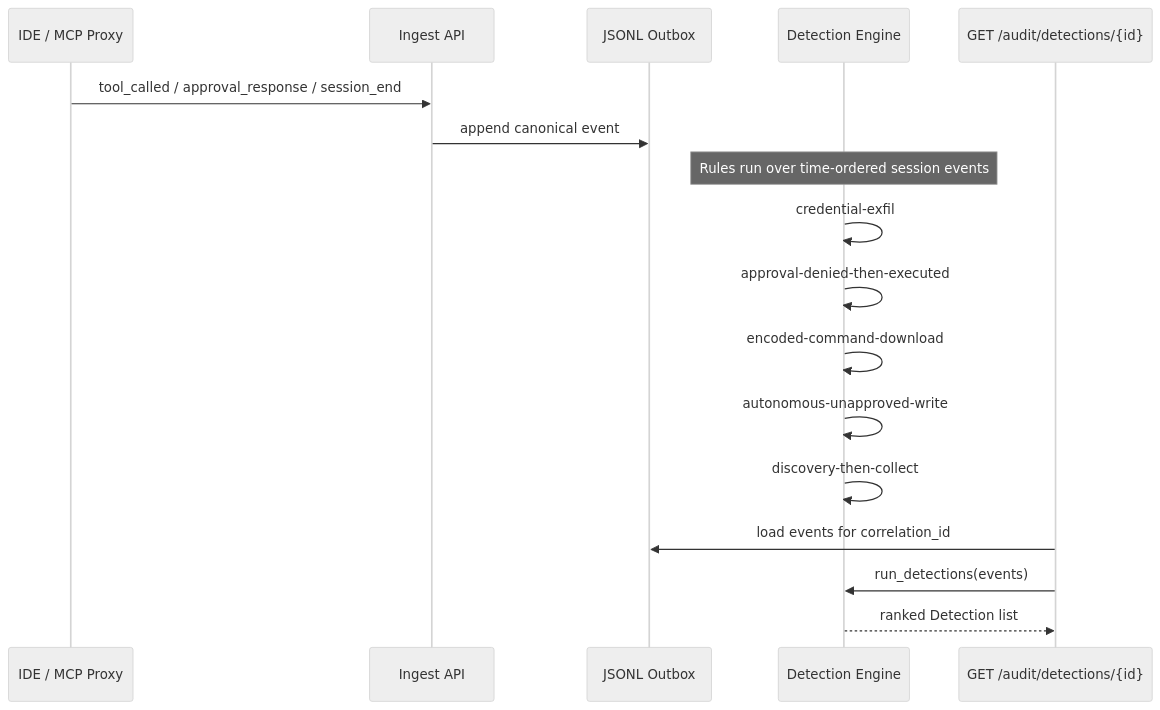
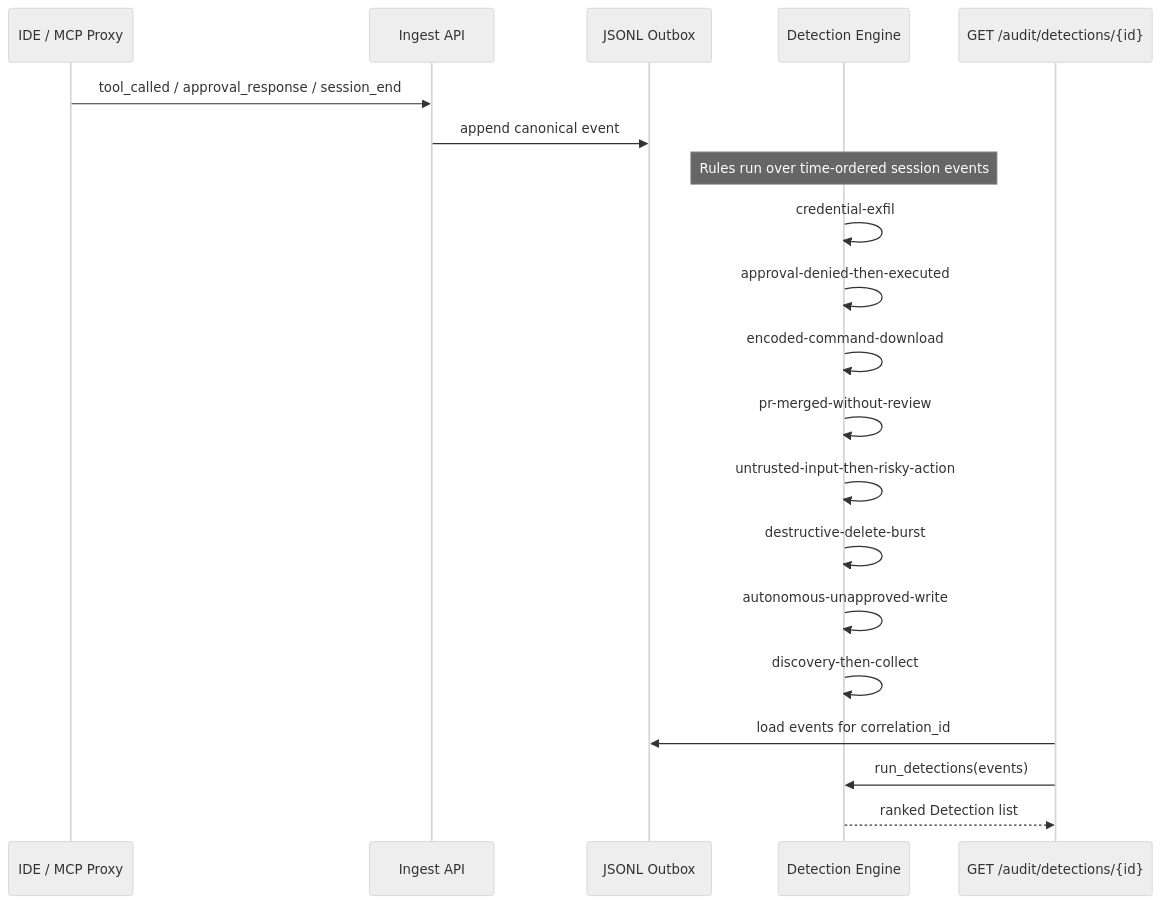
Before and after one commit to blitzcrieg1/agentmetry: the third of 4 diagrams in README.md, drawn with Mermaid (neutral theme). The commit also changed other lines of this file and 1 other file, not shown here.

````diff
--- a/README.md
+++ b/README.md
@@ -347,20 +347,23 @@
 ```mermaid
 sequenceDiagram
   participant IDE as IDE / MCP Proxy
   participant IN as Ingest API
   participant DB as JSONL Outbox
   participant ENG as Detection Engine
   participant API as GET /audit/detections/{id}
 
   IDE->>IN: tool_called / approval_response / session_end
   IN->>DB: append canonical event
   Note over ENG: Rules run over time-ordered session events
   ENG->>ENG: credential-exfil
   ENG->>ENG: approval-denied-then-executed
   ENG->>ENG: encoded-command-download
+  ENG->>ENG: pr-merged-without-review
+  ENG->>ENG: untrusted-input-then-risky-action
+  ENG->>ENG: destructive-delete-burst
   ENG->>ENG: autonomous-unapproved-write
   ENG->>ENG: discovery-then-collect
   API->>DB: load events for correlation_id
   API->>ENG: run_detections(events)
   ENG-->>API: ranked Detection list
 ```
````
